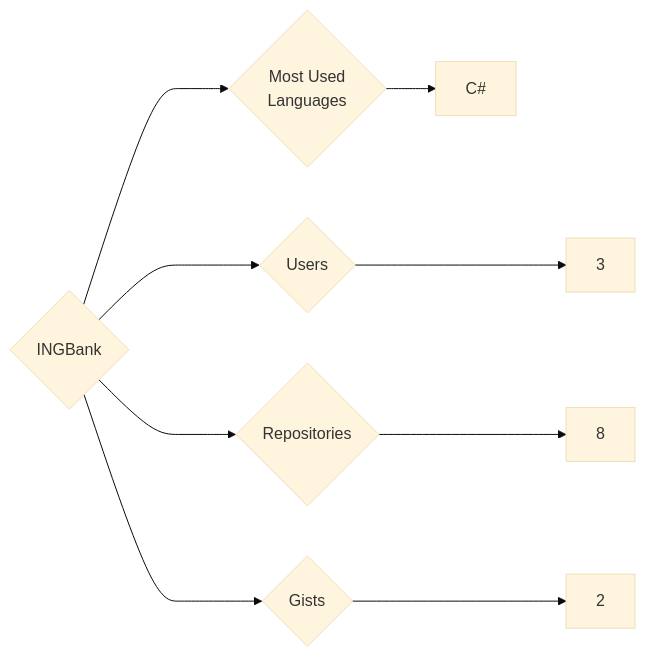
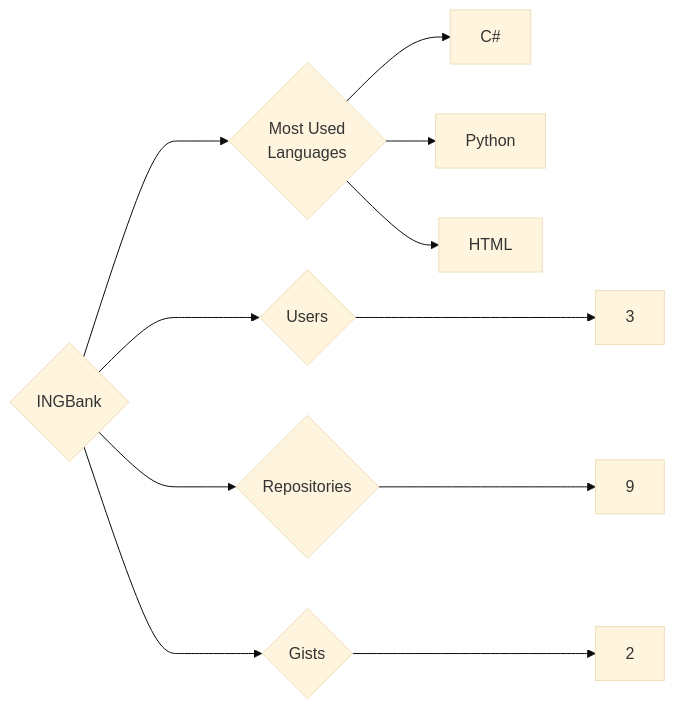
The diagram in targets/INGBank/README.md (trickest/insiders), drawn with Mermaid (base theme) before and after one commit. The commit also changed 724 other files, not shown here.

````diff
--- a/targets/INGBank/README.md
+++ b/targets/INGBank/README.md
@@ -3,9 +3,11 @@
 ```mermaid
 graph LR
 COMPANY_NAME{INGBank}
 COMPANY_NAME ---> U{Users} ---> UN[3]
-COMPANY_NAME ---> R{Repositories} ---> RN[8]
+COMPANY_NAME ---> R{Repositories} ---> RN[9]
 COMPANY_NAME ---> G{Gists} ---> GN[2]
 COMPANY_NAME ---> ML{Most Used<br>Languages}
 ML --> C#[C#]
+ML --> Python[Python]
+ML --> HTML[HTML]
 ```
````
